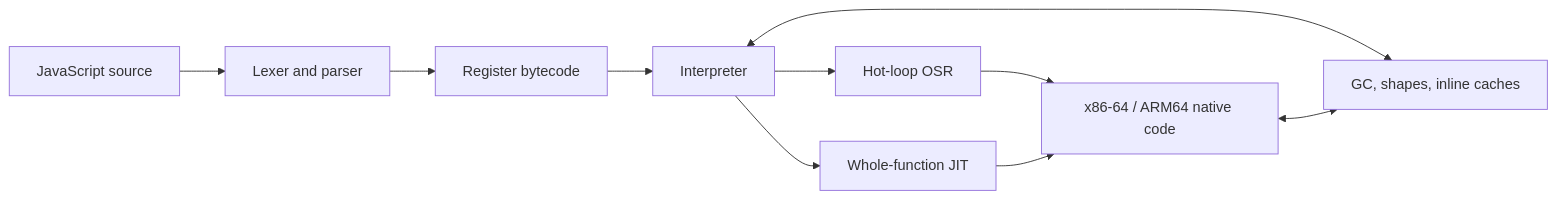
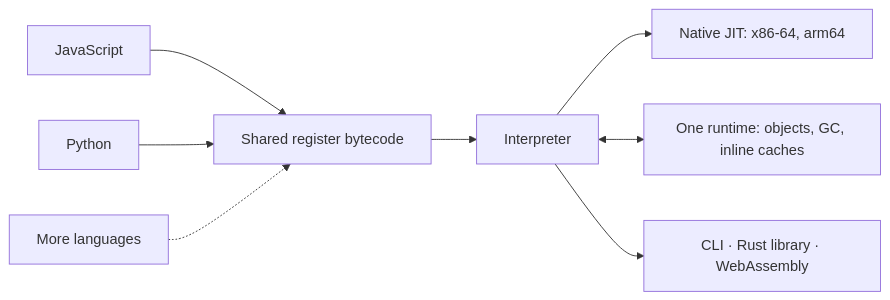
The diagram in README.md (f2i-com/zipp.org), drawn with Mermaid before and after one commit. The commit also changed other lines of this file and 11 other files, not shown here.

````diff
--- a/README.md
+++ b/README.md
@@ -1149,12 +167,10 @@
 ```mermaid
 flowchart LR
-    A[JavaScript source] --> B[Lexer and parser]
-    B --> C[Register bytecode]
-    C --> D[Interpreter]
-    D --> E[Hot-loop OSR]
-    D --> F[Whole-function JIT]
-    E --> G[x86-64 / ARM64 native code]
-    F --> G
-    D <--> H[GC, shapes, inline caches]
-    G <--> H
+    JS[JavaScript] --> B[Shared register bytecode]
+    PY[Python] --> B
+    MORE[More languages] -.-> B
+    B --> VM[Interpreter]
+    VM --> JIT[Native JIT: x86-64, arm64]
+    VM <--> RT[One runtime: objects, GC, inline caches]
+    VM --> E[CLI · Rust library · WebAssembly]
 ```
````
